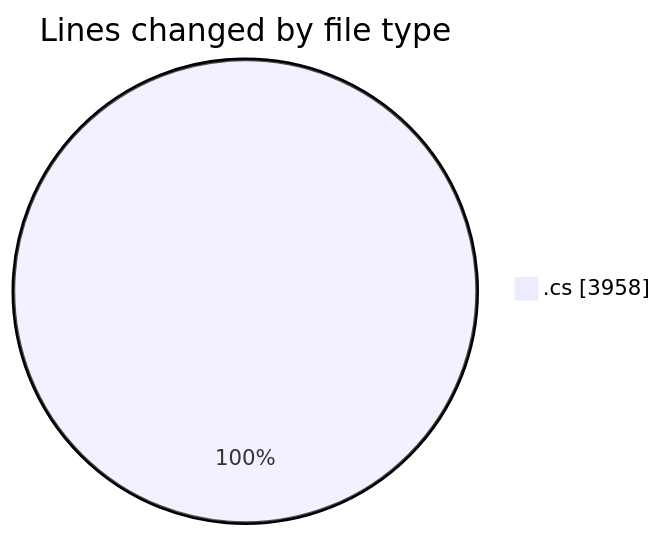
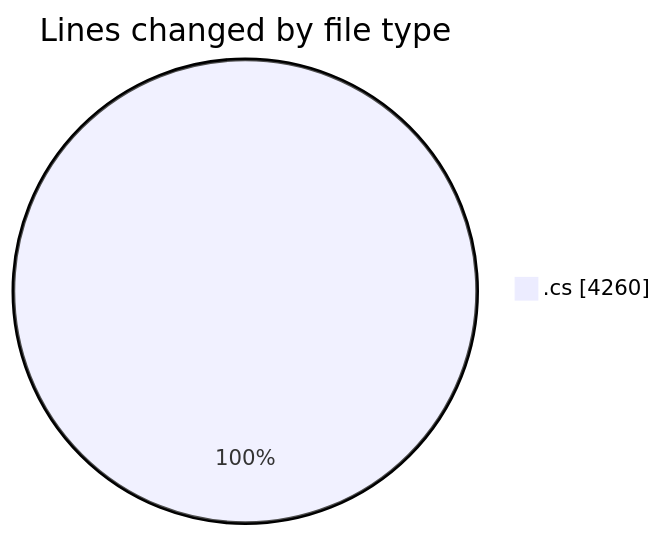
One commit to Netris89/code-tracking changed the first of 2 diagrams in 2025-04-06/back-end/README.md. Above: the diagram before and after it, drawn with Mermaid. The commit also changed other lines of this file and 1 other file, not shown here.

````diff
--- a/2025-04-06/back-end/README.md
+++ b/2025-04-06/back-end/README.md
@@ -40,5 +46,5 @@
 ```mermaid
 pie showData
 title Lines changed by file type
-".cs" : 3958
+".cs" : 4260
 ```
````
